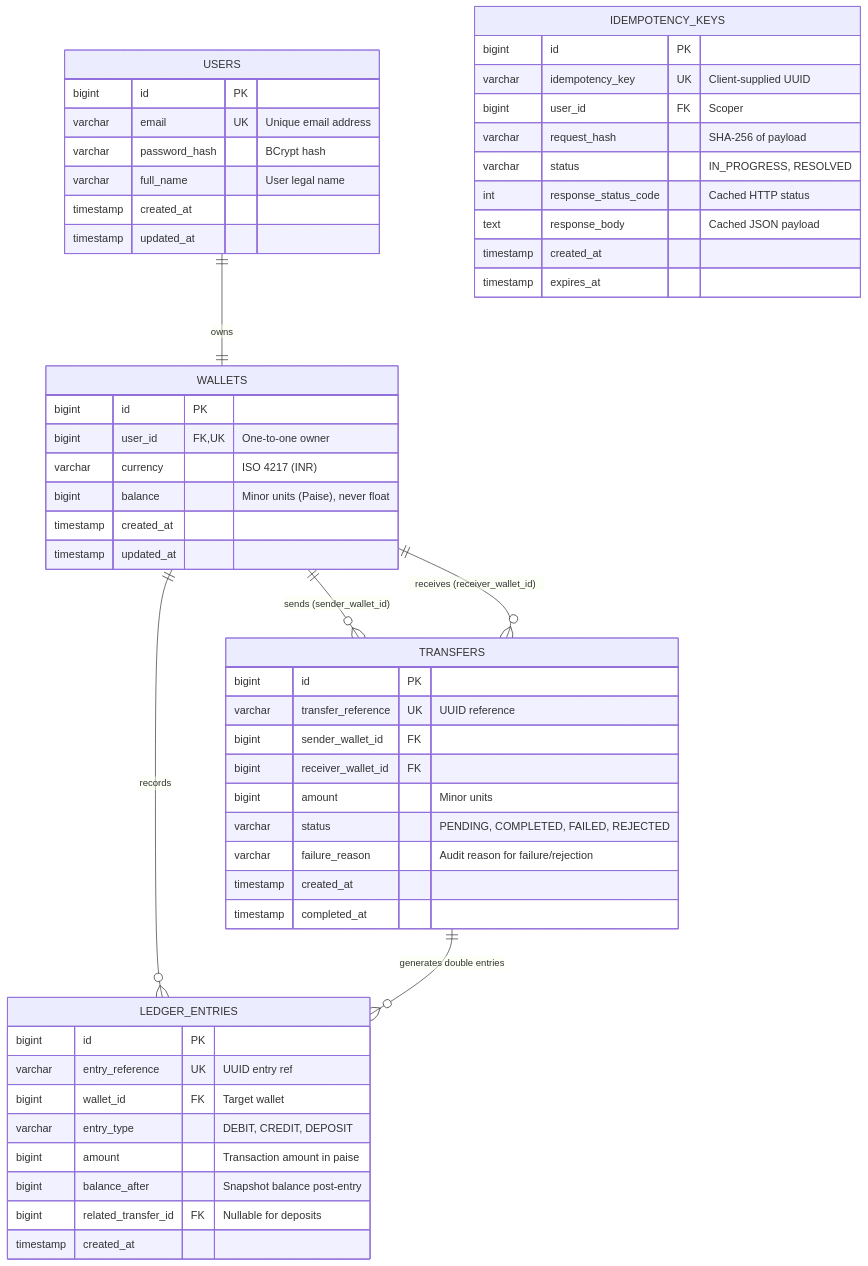
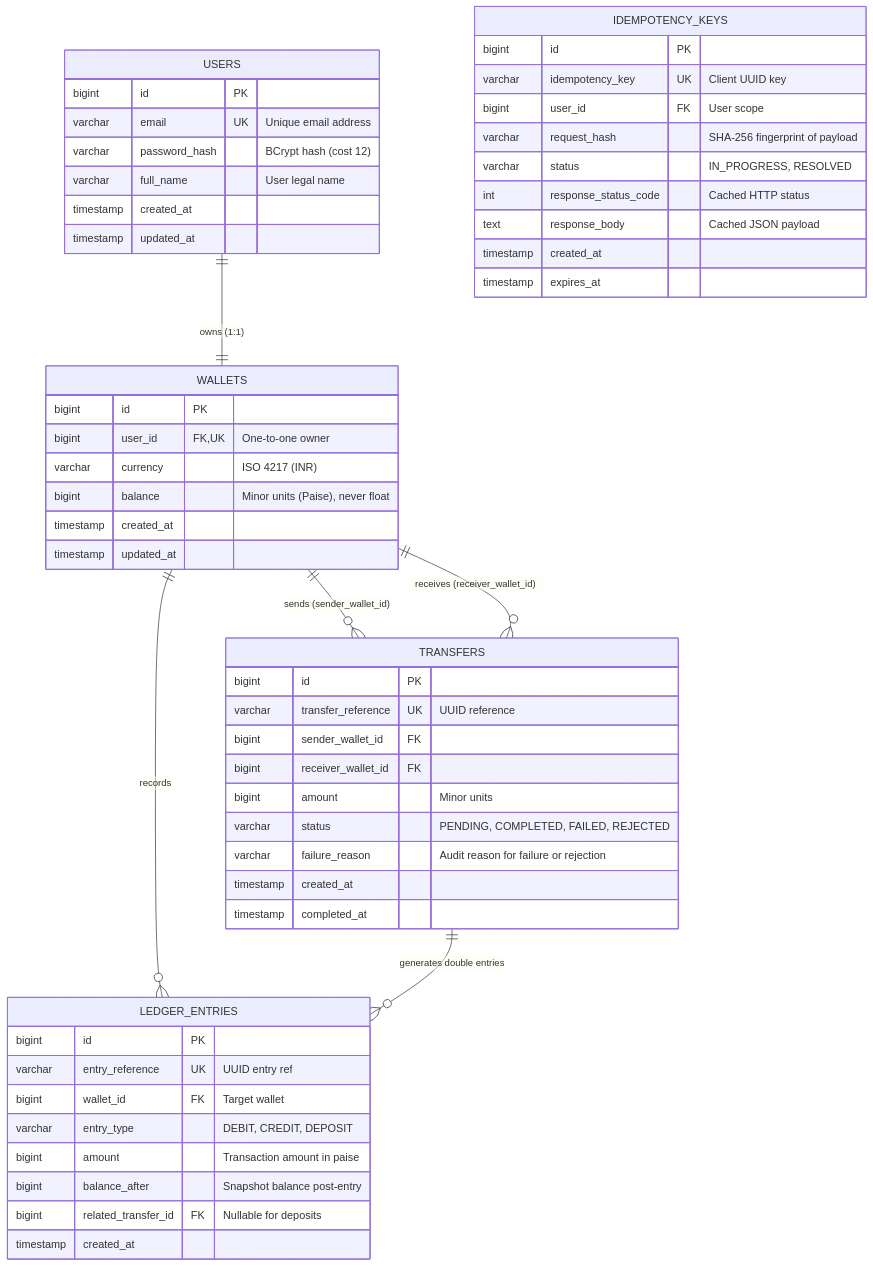
One commit to OmWattamwar2911/cadence changed the second of 3 diagrams in README.md. Above: the diagram before and after it, drawn with Mermaid. The commit also changed other lines of this file and 6 other files, not shown here.

````diff
--- a/README.md
+++ b/README.md
@@ -60,61 +87,61 @@
 ```mermaid
 erDiagram
-    USERS ||--|| WALLETS : "owns"
+    USERS ||--|| WALLETS : "owns (1:1)"
     WALLETS ||--o{ TRANSFERS : "sends (sender_wallet_id)"
     WALLETS ||--o{ TRANSFERS : "receives (receiver_wallet_id)"
     WALLETS ||--o{ LEDGER_ENTRIES : "records"
     TRANSFERS ||--o{ LEDGER_ENTRIES : "generates double entries"
 
     USERS {
         bigint id PK
         varchar email UK "Unique email address"
-        varchar password_hash "BCrypt hash"
+        varchar password_hash "BCrypt hash (cost 12)"
         varchar full_name "User legal name"
         timestamp created_at
         timestamp updated_at
     }
 
     WALLETS {
         bigint id PK
         bigint user_id FK,UK "One-to-one owner"
         varchar currency "ISO 4217 (INR)"
         bigint balance "Minor units (Paise), never float"
         timestamp created_at
         timestamp updated_at
     }
 
     TRANSFERS {
         bigint id PK
         varchar transfer_reference UK "UUID reference"
         bigint sender_wallet_id FK
         bigint receiver_wallet_id FK
         bigint amount "Minor units"
         varchar status "PENDING, COMPLETED, FAILED, REJECTED"
-        varchar failure_reason "Audit reason for failure/rejection"
+        varchar failure_reason "Audit reason for failure or rejection"
         timestamp created_at
         timestamp completed_at
     }
 
     LEDGER_ENTRIES {
         bigint id PK
         varchar entry_reference UK "UUID entry ref"
         bigint wallet_id FK "Target wallet"
         varchar entry_type "DEBIT, CREDIT, DEPOSIT"
         bigint amount "Transaction amount in paise"
         bigint balance_after "Snapshot balance post-entry"
         bigint related_transfer_id FK "Nullable for deposits"
         timestamp created_at
     }
 
     IDEMPOTENCY_KEYS {
         bigint id PK
-        varchar idempotency_key UK "Client-supplied UUID"
-        bigint user_id FK "Scoper"
-        varchar request_hash "SHA-256 of payload"
+        varchar idempotency_key UK "Client UUID key"
+        bigint user_id FK "User scope"
+        varchar request_hash "SHA-256 fingerprint of payload"
         varchar status "IN_PROGRESS, RESOLVED"
         int response_status_code "Cached HTTP status"
         text response_body "Cached JSON payload"
         timestamp created_at
         timestamp expires_at
     }
 ```
````
